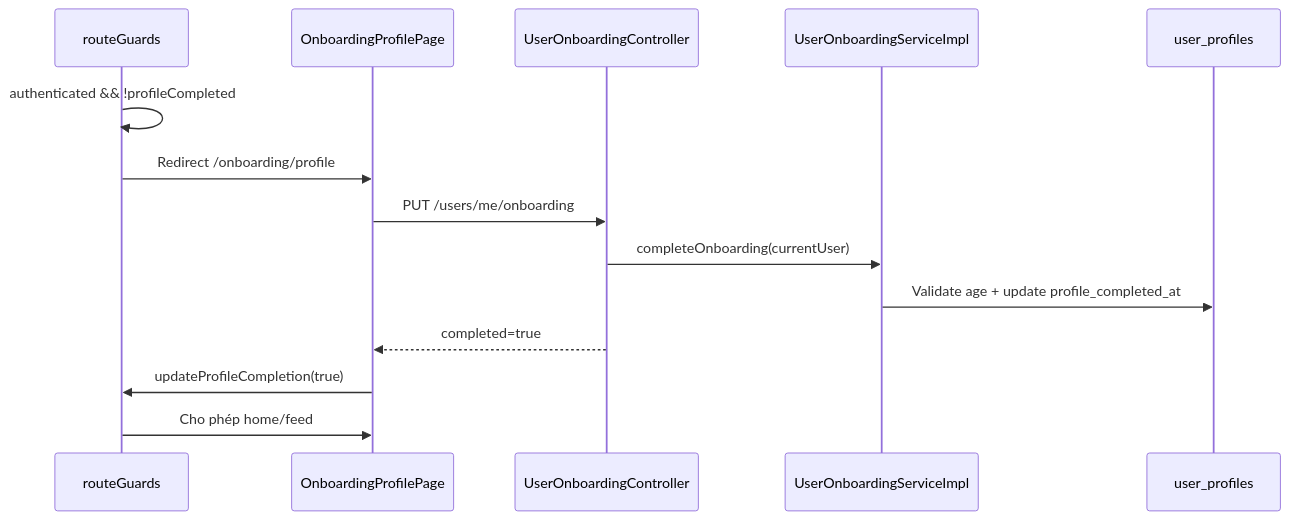
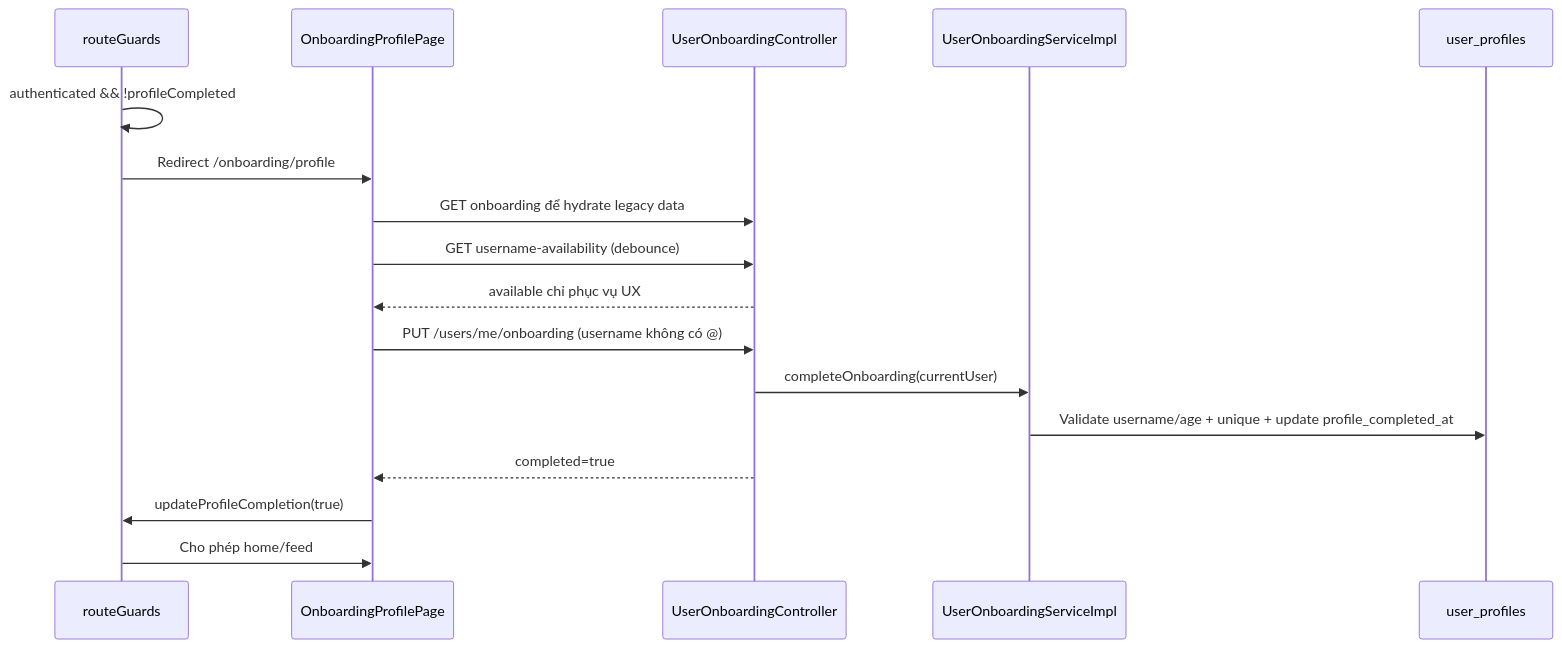
Before and after one commit to duoz0323/student-social-network: diagram 11 of 11 in docs/auth/AUTH-CODE-WALKTHROUGH.md, drawn with Mermaid. The commit also changed other lines of this file and 90 other files, not shown here.

````diff
--- a/docs/auth/AUTH-CODE-WALKTHROUGH.md
+++ b/docs/auth/AUTH-CODE-WALKTHROUGH.md
@@ -488,16 +488,19 @@
 ```mermaid
 sequenceDiagram
     participant Guard as routeGuards
     participant Page as OnboardingProfilePage
     participant C as UserOnboardingController
     participant S as UserOnboardingServiceImpl
     participant DB as user_profiles
     Guard->>Guard: authenticated && !profileCompleted
     Guard->>Page: Redirect /onboarding/profile
-    Page->>C: PUT /users/me/onboarding
+    Page->>C: GET onboarding để hydrate legacy data
+    Page->>C: GET username-availability (debounce)
+    C-->>Page: available chỉ phục vụ UX
+    Page->>C: PUT /users/me/onboarding (username không có @)
     C->>S: completeOnboarding(currentUser)
-    S->>DB: Validate age + update profile_completed_at
+    S->>DB: Validate username/age + unique + update profile_completed_at
     C-->>Page: completed=true
     Page->>Guard: updateProfileCompletion(true)
     Guard->>Page: Cho phép home/feed
 ```
````
